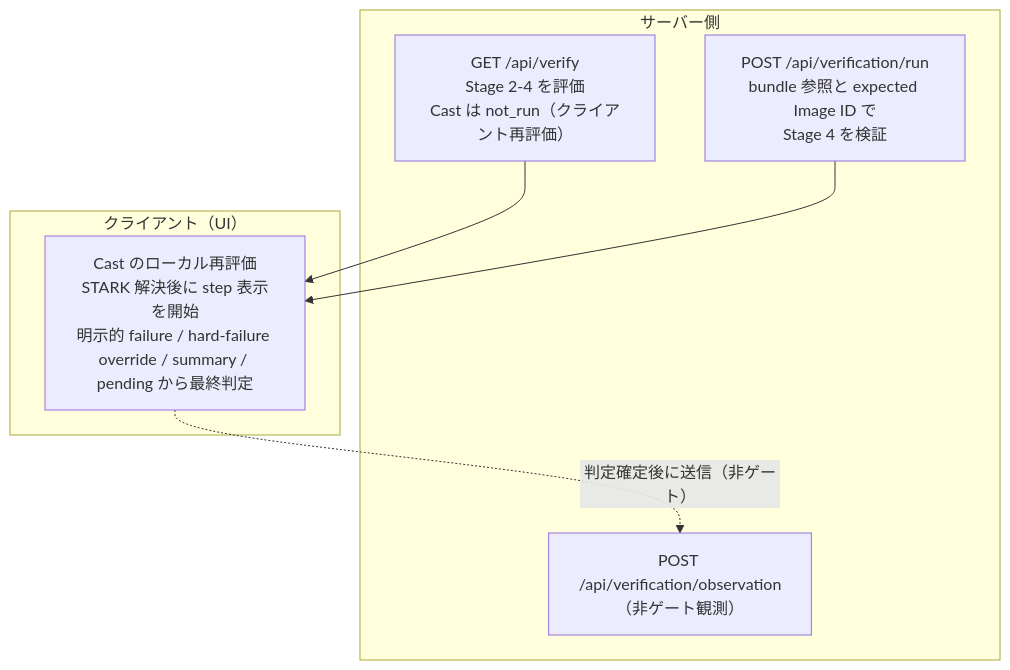
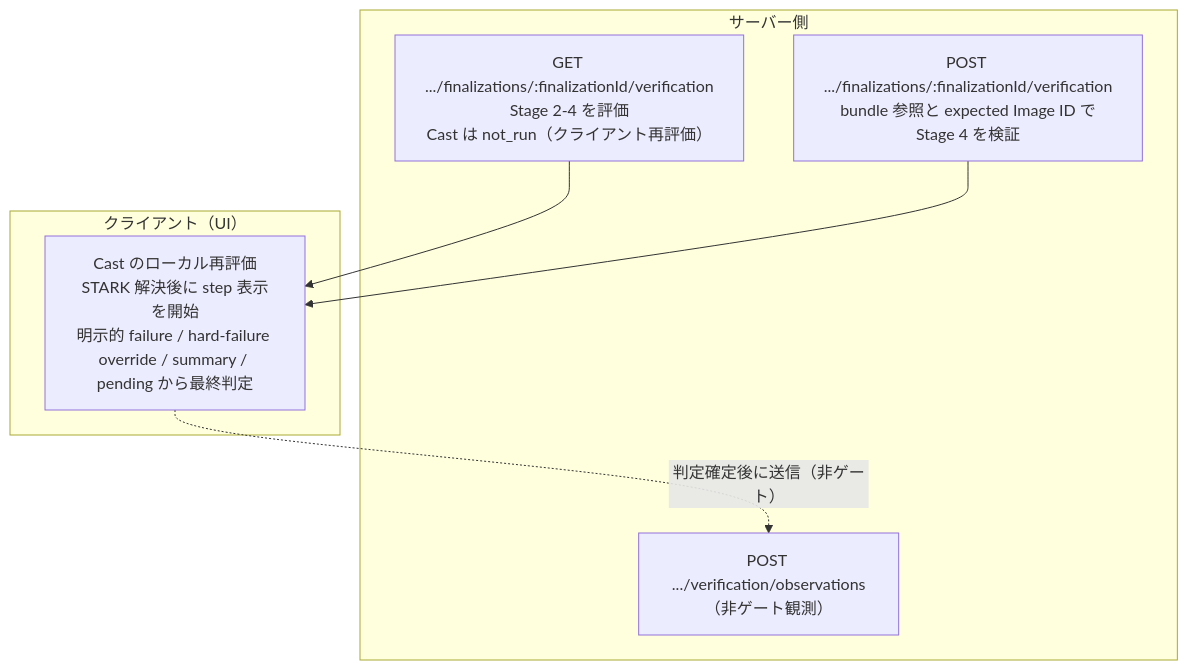
The first of 2 diagrams in public-book/src/verification/design-and-flow.md (hwatanabe-jp/stark-ballot-simulator-public), drawn with Mermaid before and after one commit. The commit also changed other lines of this file and 1001 other files, not shown here.

````diff
--- a/public-book/src/verification/design-and-flow.md
+++ b/public-book/src/verification/design-and-flow.md
@@ -41,16 +63,16 @@
 ```mermaid
 flowchart TD
   subgraph SERVER["サーバー側"]
-    VFY["GET /api/verify<br/>Stage 2-4 を評価<br/>Cast は not_run（クライアント再評価）"]
-    RUN["POST /api/verification/run<br/>bundle 参照と expected Image ID で<br/>Stage 4 を検証"]
-    OBS["POST /api/verification/observation<br/>（非ゲート観測）"]
+    VFY["GET .../finalizations/:finalizationId/verification<br/>Stage 2-4 を評価<br/>Cast は not_run（クライアント再評価）"]
+    RUN["POST .../finalizations/:finalizationId/verification<br/>bundle 参照と expected Image ID で<br/>Stage 4 を検証"]
+    OBS["POST .../verification/observations<br/>（非ゲート観測）"]
   end
 
   subgraph CLIENT["クライアント（UI）"]
     UI["Cast のローカル再評価<br/>STARK 解決後に step 表示を開始<br/>明示的 failure / hard-failure override / summary / pending から最終判定"]
   end
 
   VFY --> UI
   RUN --> UI
   UI -. "判定確定後に送信（非ゲート）" .-> OBS
 ```
````
